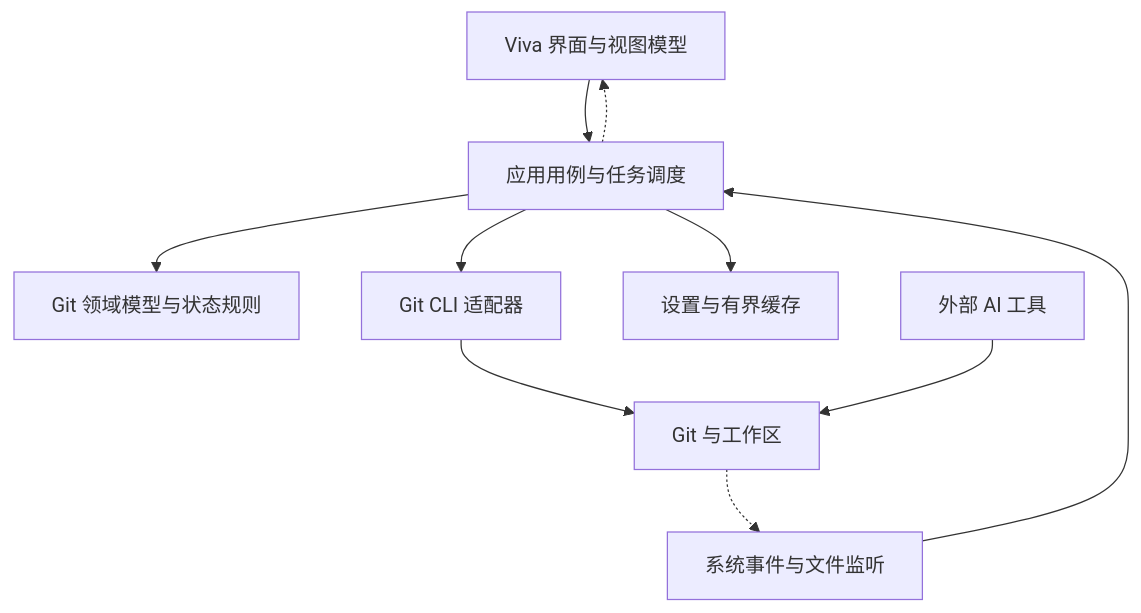
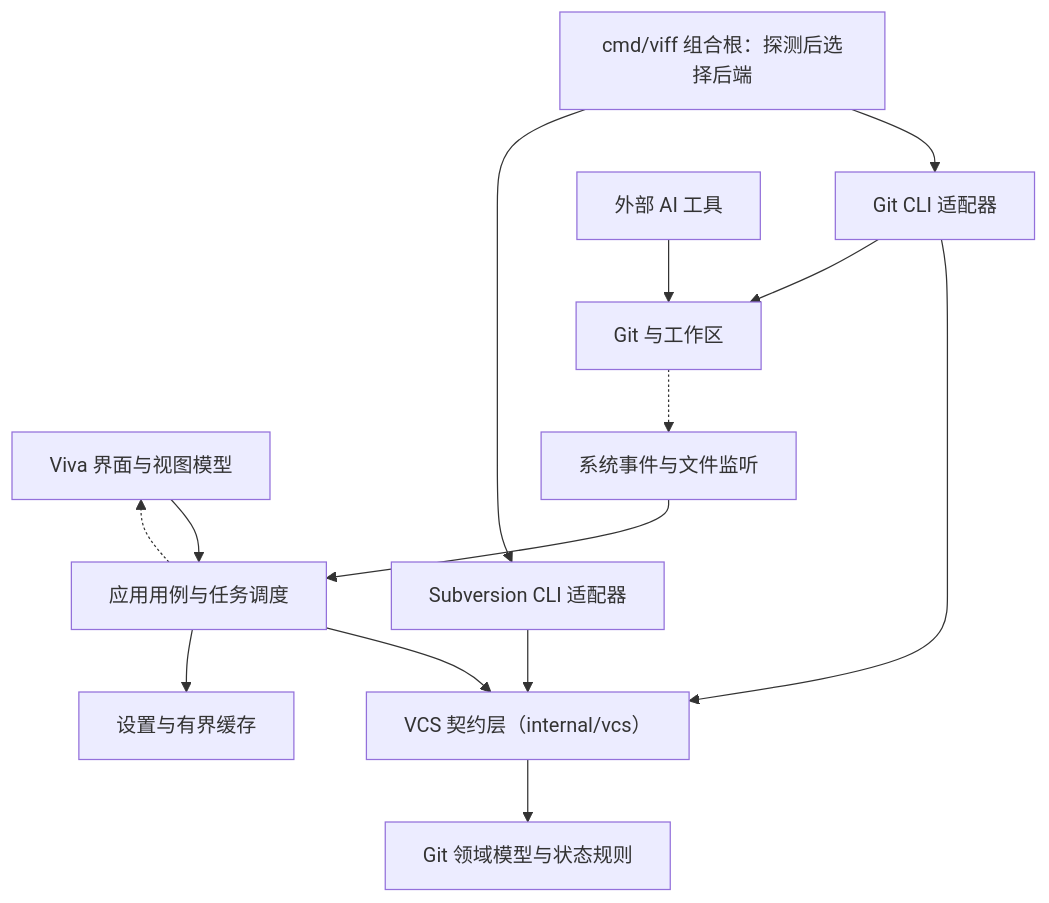
Before and after one commit to 1lck/viff: the diagram in docs/design.md, drawn with Mermaid. The commit also changed other lines of this file and 63 other files, not shown here.

````diff
--- a/docs/design.md
+++ b/docs/design.md
@@ -42,14 +42,18 @@
 ```mermaid
 flowchart TB
     accTitle: Viff Desktop Architecture Overview
     accDescr: Viva 界面通过应用层访问 Git；外部变化触发重新查询，缓存不作为仓库事实来源。
     desktop_ui["Viva 界面与视图模型"] --> application["应用用例与任务调度"]
-    application --> domain["Git 领域模型与状态规则"]
-    application --> git_adapter["Git CLI 适配器"]
+    application --> vcs_contract["VCS 契约层（internal/vcs）"]
+    vcs_contract --> domain["Git 领域模型与状态规则"]
     application --> storage["设置与有界缓存"]
+    git_adapter["Git CLI 适配器"] --> vcs_contract
+    svn_adapter["Subversion CLI 适配器"] --> vcs_contract
+    bootstrap["cmd/viff 组合根：探测后选择后端"] --> git_adapter
+    bootstrap --> svn_adapter
     git_adapter --> repository["Git 与工作区"]
     platform["系统事件与文件监听"] --> application
     external_ai["外部 AI 工具"] --> repository
     repository -.-> platform
     application -.-> desktop_ui
 ```
````
